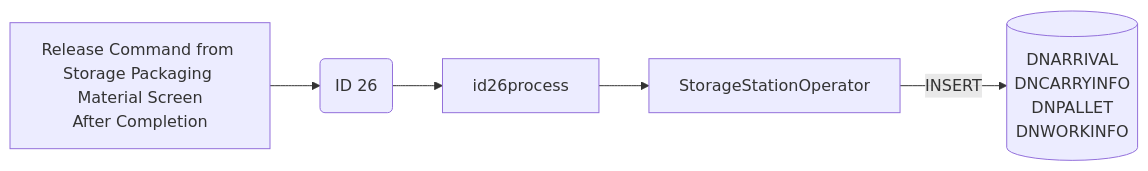
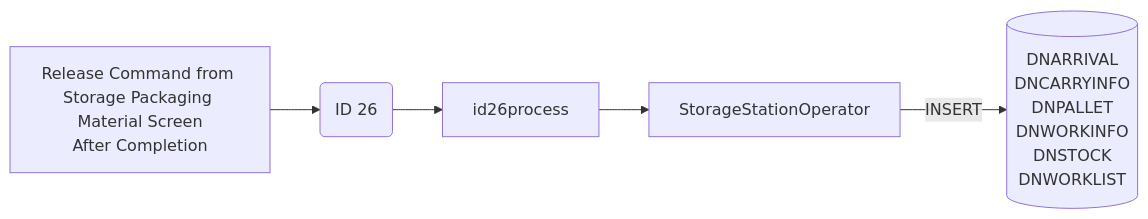
One commit to luthfiadityaa/SimeDarby-Wiki changed the third of 11 diagrams in Basic-Design/DFD-WMS/Storage/Planned-Storage-Packaging-Material.md. Above: the diagram before and after it, drawn with Mermaid. The commit also changed other lines of this file, not shown here.

```diff
--- a/Basic-Design/DFD-WMS/Storage/Planned-Storage-Packaging-Material.md
+++ b/Basic-Design/DFD-WMS/Storage/Planned-Storage-Packaging-Material.md
@@ -181,24 +179,26 @@
 ::: mermaid
 flowchart LR
 
 releaseCommand["
 Release Command from Storage Packaging Material Screen
 After Completion 
 "]
 
 id26msg("
 ID 26
 ")
 
 id26-insert[("
 DNARRIVAL
 DNCARRYINFO
 DNPALLET
 DNWORKINFO
+DNSTOCK
+DNWORKLIST
 ")]
 
 StorageStationOperator[StorageStationOperator]
 
 releaseCommand-->id26msg-->id26process-->StorageStationOperator
 StorageStationOperator--> |INSERT| id26-insert
 :::
```
